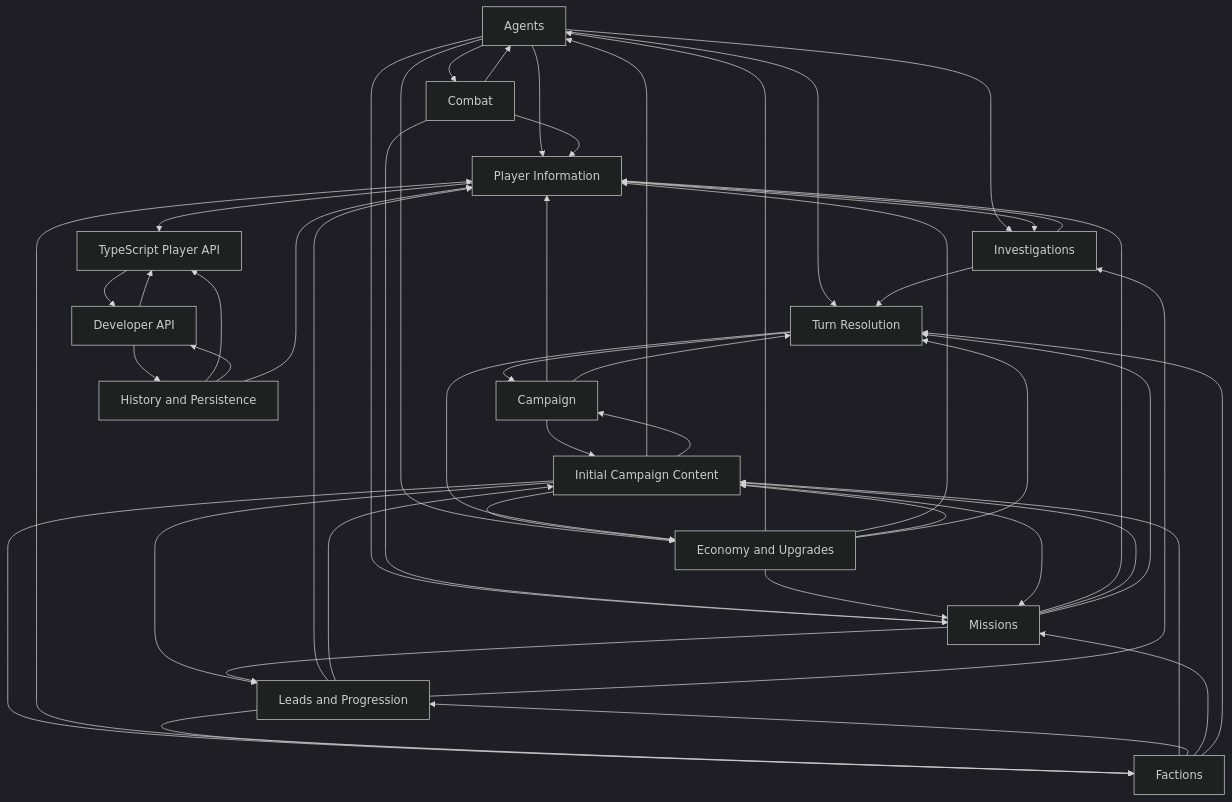
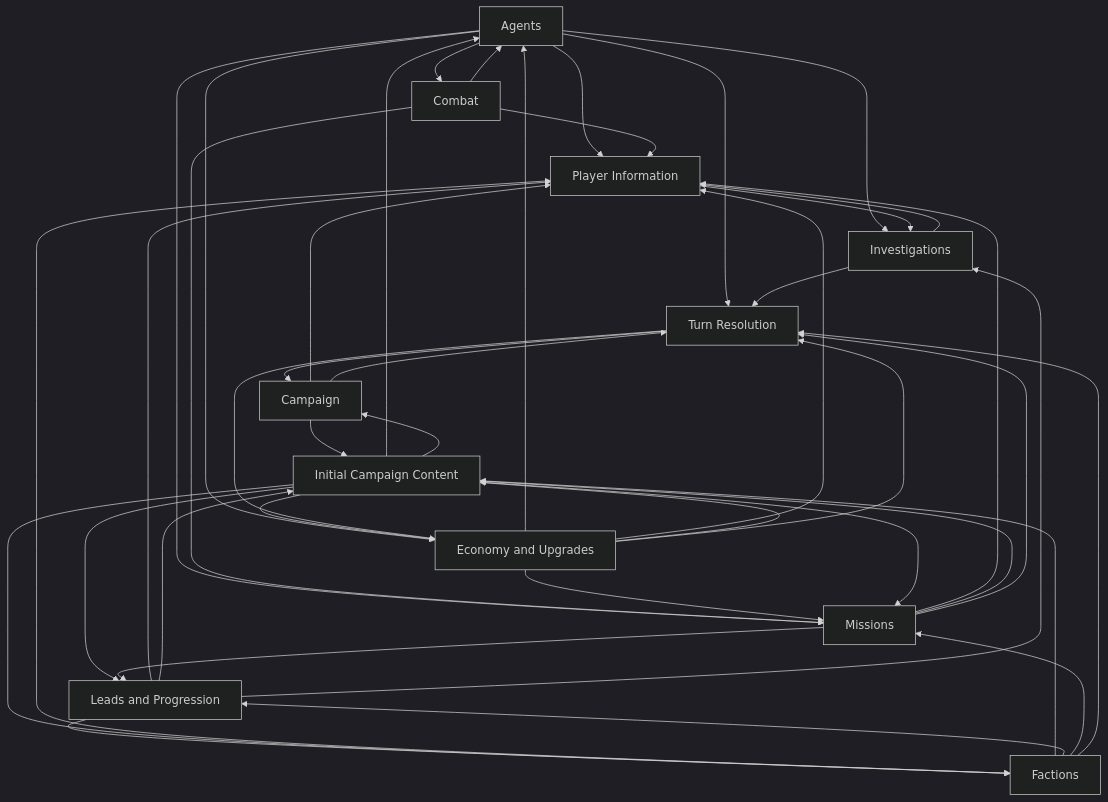
One commit to konrad-jamrozik/game-v5 changed the first of 3 diagrams in docs/spec-relationship-cycles.md. Above: the diagram before and after it, drawn with Mermaid (dark theme). The commit also changed other lines of this file and 39 other files, not shown here.

````diff
--- a/docs/spec-relationship-cycles.md
+++ b/docs/spec-relationship-cycles.md
@@ -36,31 +40,25 @@
 ```mermaid
 flowchart TD
   AGENT[Agents]
-  API[TypeScript Player API]
   CAMP[Campaign]
   COMBAT[Combat]
-  DEV[Developer API]
   ECON[Economy and Upgrades]
   FACTION[Factions]
-  HIST[History and Persistence]
   INFO[Player Information]
   INIT[Initial Campaign Content]
   INVSTG[Investigations]
   LEAD[Leads and Progression]
   MISSION[Missions]
   TURN[Turn Resolution]
   AGENT --> COMBAT & ECON & INFO & INVSTG & MISSION & TURN
-  API --> DEV
   CAMP --> INFO & INIT & TURN
   COMBAT --> AGENT & INFO & MISSION
-  DEV --> API & HIST
   ECON --> AGENT & INFO & INIT & MISSION & TURN
   FACTION --> INFO & INIT & LEAD & MISSION & TURN
-  HIST --> API & DEV & INFO
-  INFO --> API & INVSTG
+  INFO --> INVSTG
   INIT --> AGENT & CAMP & ECON & FACTION & LEAD & MISSION
   INVSTG --> INFO & TURN
   LEAD --> FACTION & INFO & INIT & INVSTG
   MISSION --> INFO & INIT & LEAD & TURN
   TURN --> CAMP & ECON
 ```
````
